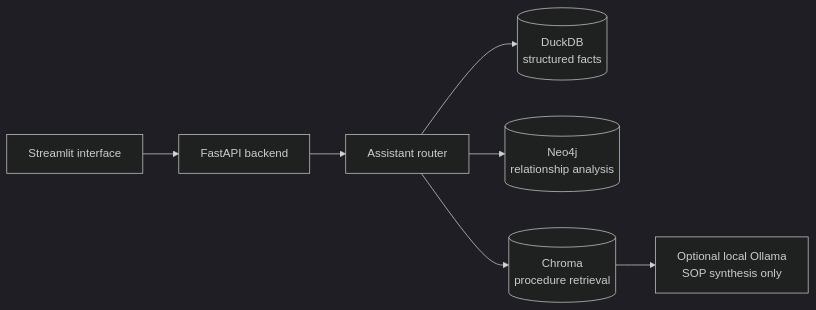
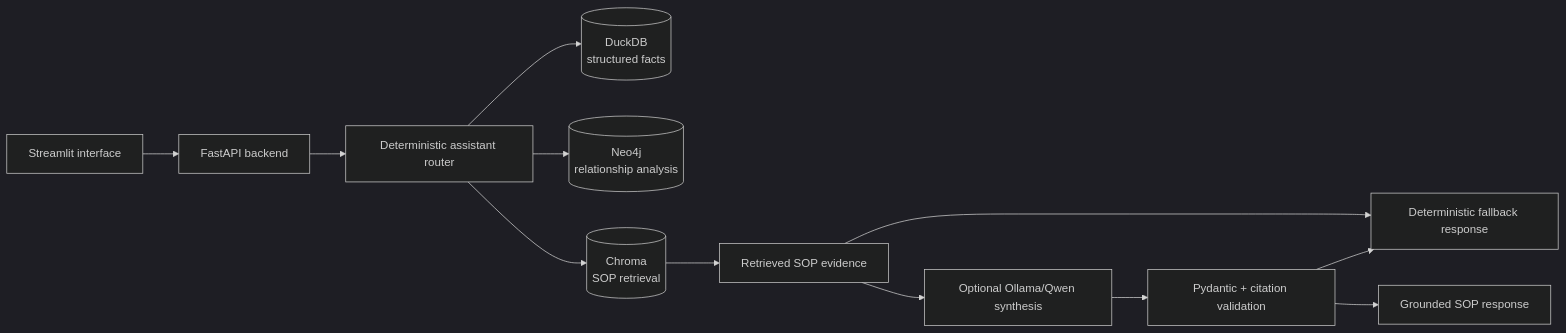
Before and after one commit to myrhghd/freight-operations-decision-intelligence: the diagram in README.md, drawn with Mermaid (dark theme). The commit also changed other lines of this file, not shown here.

````diff
--- a/README.md
+++ b/README.md
@@ -59,9 +82,14 @@
 ```mermaid
 flowchart LR
     UI["Streamlit interface"] --> API["FastAPI backend"]
-    API --> Router["Assistant router"]
+    API --> Router["Deterministic assistant router"]
     Router --> DuckDB[("DuckDB\nstructured facts")]
     Router --> Neo4j[("Neo4j\nrelationship analysis")]
-    Router --> Chroma[("Chroma\nprocedure retrieval")]
-    Chroma --> LLM["Optional local Ollama\nSOP synthesis only"]
+    Router --> Chroma[("Chroma\nSOP retrieval")]
+    Chroma --> Evidence["Retrieved SOP evidence"]
+    Evidence --> Fallback["Deterministic fallback response"]
+    Evidence --> LLM["Optional Ollama/Qwen synthesis"]
+    LLM --> Validation["Pydantic + citation validation"]
+    Validation --> Grounded["Grounded SOP response"]
+    Validation --> Fallback
 ```
````
